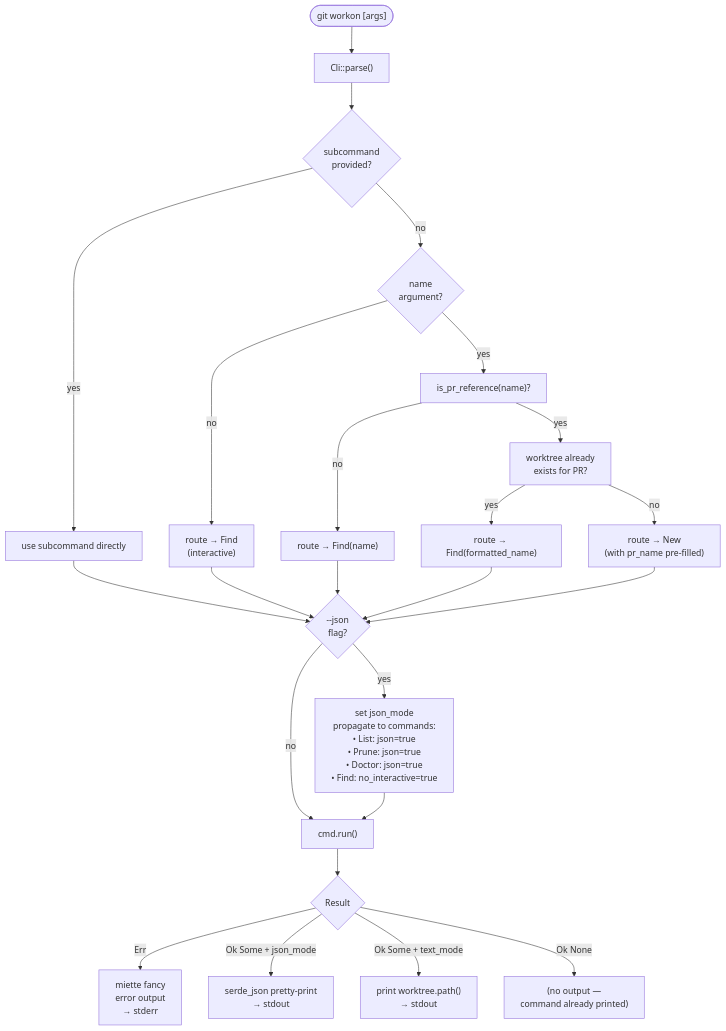
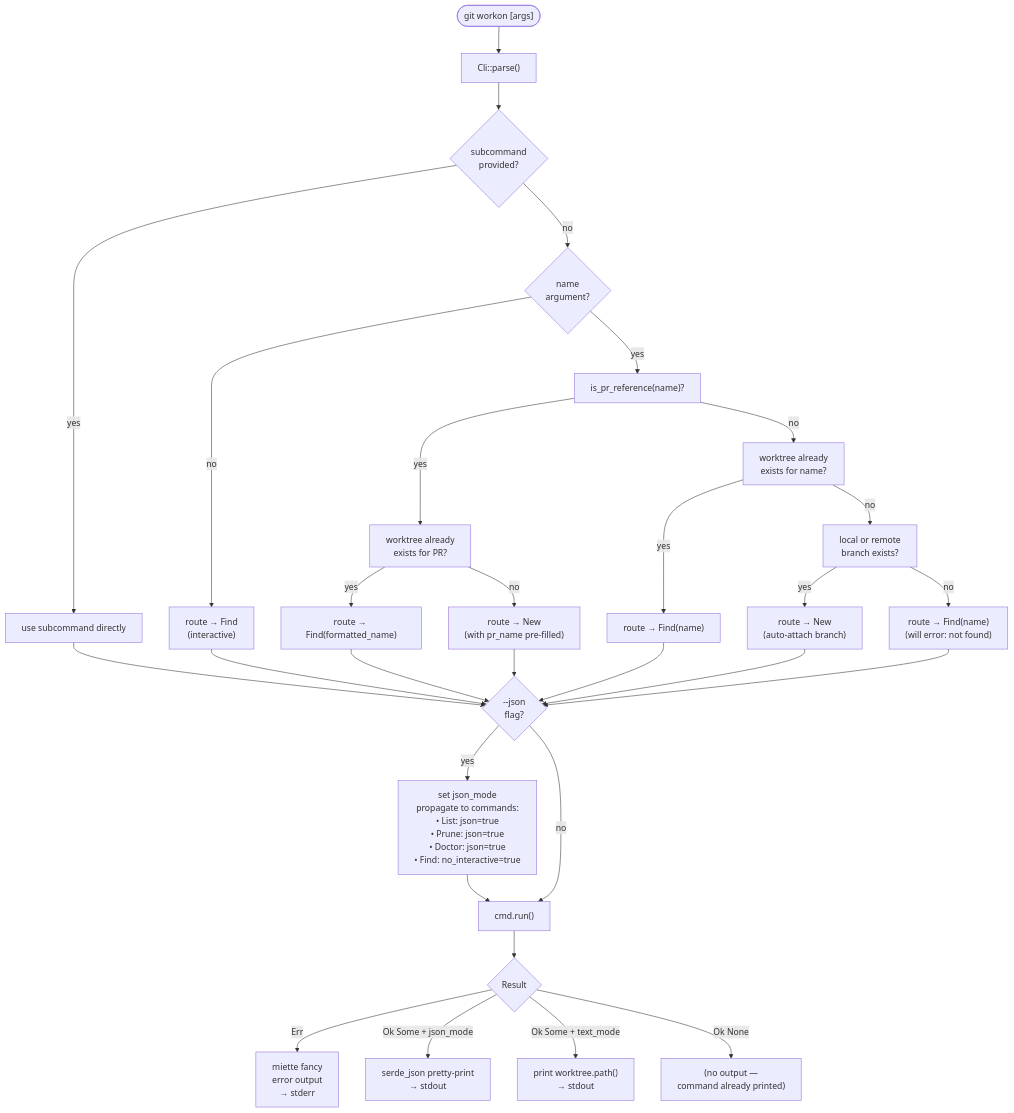
The diagram in docs/diagrams/command-dispatch.md (lettertwo/git-workon), drawn with Mermaid before and after one commit. The commit also changed other lines of this file and 2 other files, not shown here.

Commit message:
docs: update command-dispatch diagram and add stacked diff recipes

````diff
--- a/docs/diagrams/command-dispatch.md
+++ b/docs/diagrams/command-dispatch.md
@@ -5,37 +5,44 @@
 ```mermaid
 flowchart TD
     START(["`git workon [args]`"]) --> PARSE["Cli::parse()"]
     PARSE --> HAS_CMD{subcommand\nprovided?}
 
     HAS_CMD -->|yes| DIRECT["use subcommand directly"]
 
     HAS_CMD -->|no| HAS_NAME{name\nargument?}
     HAS_NAME -->|no| ROUTE_FIND["route → Find\n(interactive)"]
 
     HAS_NAME -->|yes| IS_PR["is_pr_reference(name)?"]
-    IS_PR -->|no| ROUTE_FIND2["route → Find(name)"]
 
     IS_PR -->|yes| PR_EXISTS["worktree already\nexists for PR?"]
     PR_EXISTS -->|yes| ROUTE_FIND3["route → Find(formatted_name)"]
-    PR_EXISTS -->|no| ROUTE_NEW["route → New\n(with pr_name pre-filled)"]
+    PR_EXISTS -->|no| ROUTE_NEW_PR["route → New\n(with pr_name pre-filled)"]
+
+    IS_PR -->|no| WT_EXISTS["worktree already\nexists for name?"]
+    WT_EXISTS -->|yes| ROUTE_FIND2["route → Find(name)"]
+    WT_EXISTS -->|no| BRANCH_EXISTS["local or remote\nbranch exists?"]
+    BRANCH_EXISTS -->|yes| ROUTE_NEW_BR["route → New\n(auto-attach branch)"]
+    BRANCH_EXISTS -->|no| ROUTE_FIND4["route → Find(name)\n(will error: not found)"]
 
     DIRECT --> JSON_PROP
     ROUTE_FIND --> JSON_PROP
     ROUTE_FIND2 --> JSON_PROP
     ROUTE_FIND3 --> JSON_PROP
-    ROUTE_NEW --> JSON_PROP
+    ROUTE_FIND4 --> JSON_PROP
+    ROUTE_NEW_PR --> JSON_PROP
+    ROUTE_NEW_BR --> JSON_PROP
 
     JSON_PROP{"--json\nflag?"}
     JSON_PROP -->|yes| SET_JSON["set json_mode\npropagate to commands:\n• List: json=true\n• Prune: json=true\n• Doctor: json=true\n• Find: no_interactive=true"]
     JSON_PROP -->|no| RUN_CMD
 
     SET_JSON --> RUN_CMD["cmd.run()"]
 
     RUN_CMD --> RESULT{Result<Option\nWorktree>}
 
     RESULT -->|Err| MIETTE["miette fancy\nerror output\n→ stderr"]
 
     RESULT -->|Ok Some + json_mode| JSON_OUT["serde_json pretty-print\n→ stdout"]
     RESULT -->|Ok Some + text_mode| PATH_OUT["print worktree.path()\n→ stdout"]
     RESULT -->|Ok None| SILENT["(no output —\ncommand already printed)"]
 ```
````
